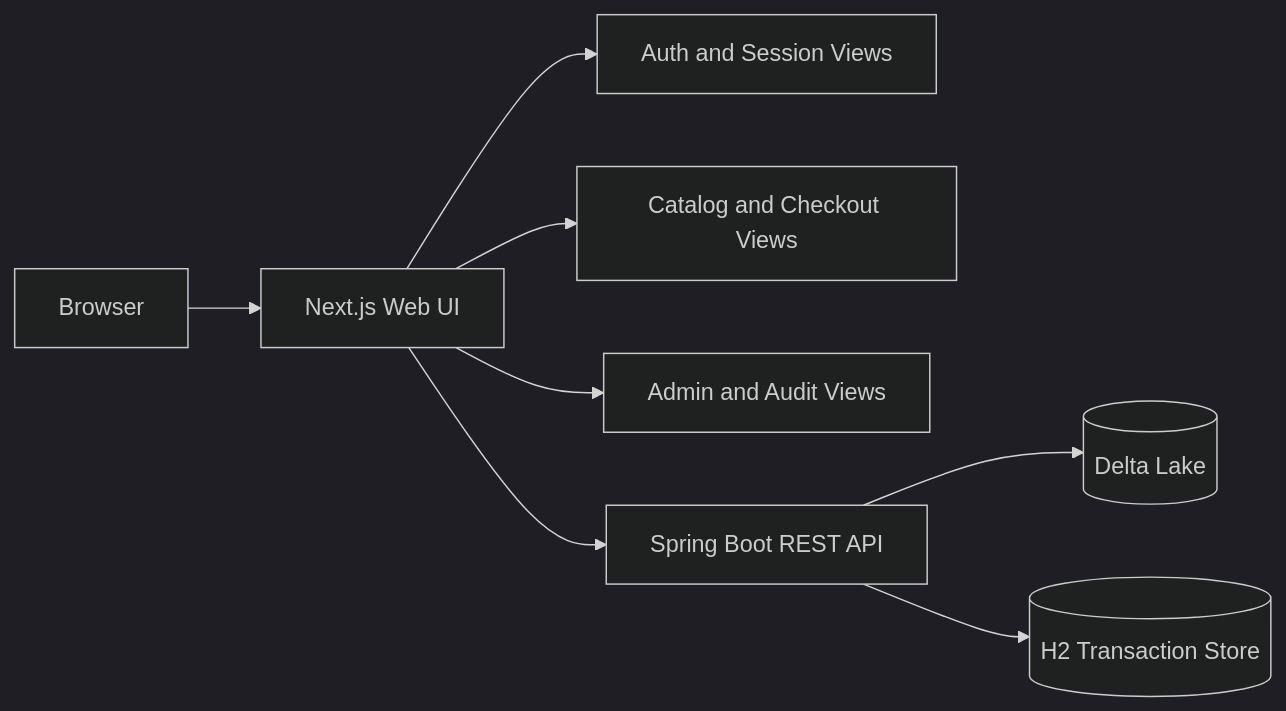
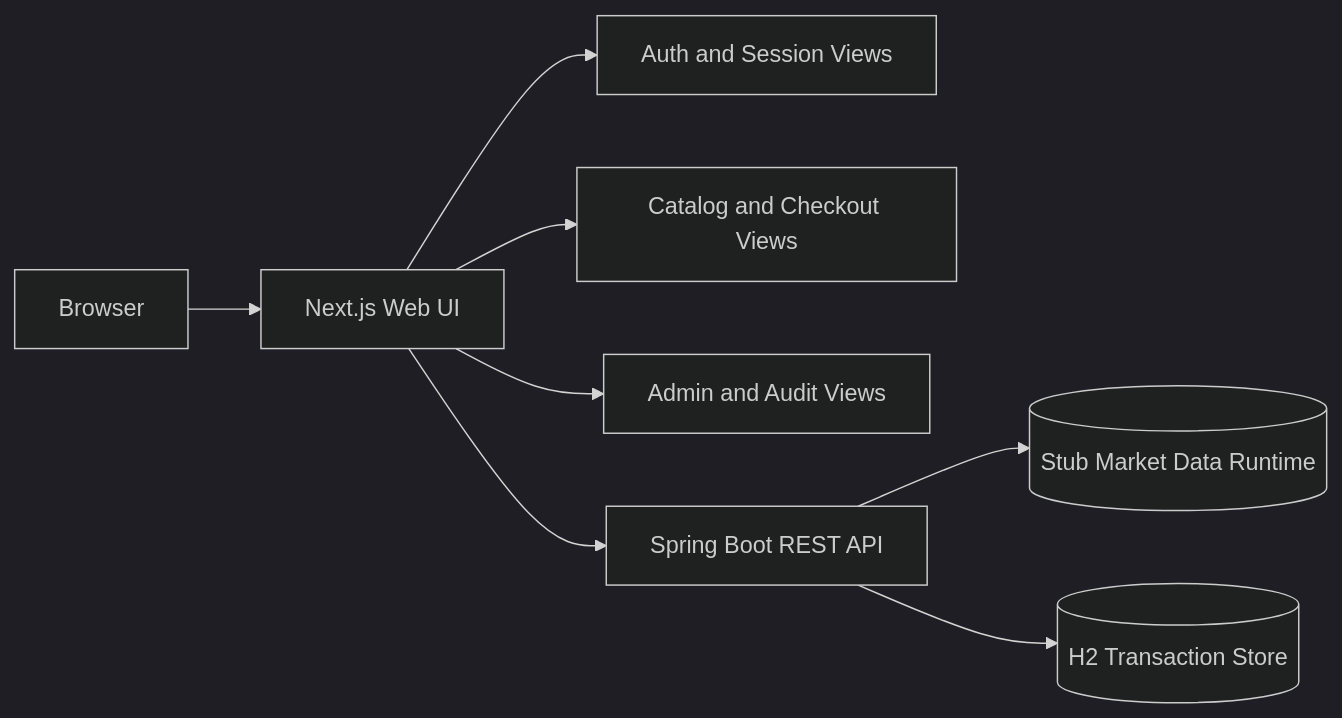
One commit to khab40/spring-boot-java-refresh changed the diagram in docs/diagrams/adr-0007-nextjs-web-ui.md. Above: the diagram before and after it, drawn with Mermaid (dark theme). The commit also changed 47 other files, not shown here.

Commit message:
feat: add email verification and Mailpit sandbox, isolate market-data runtime, and fix JWT secret decoding

````diff
--- a/docs/diagrams/adr-0007-nextjs-web-ui.md
+++ b/docs/diagrams/adr-0007-nextjs-web-ui.md
@@ -7,10 +7,10 @@
 ```mermaid
 graph LR
     Browser[Browser] --> Next[Next.js Web UI]
     Next --> Auth[Auth and Session Views]
     Next --> Catalog[Catalog and Checkout Views]
     Next --> Admin[Admin and Audit Views]
     Next --> Api[Spring Boot REST API]
-    Api --> Delta[(Delta Lake)]
+    Api --> Stub[(Stub Market Data Runtime)]
     Api --> H2[(H2 Transaction Store)]
 ```
````
